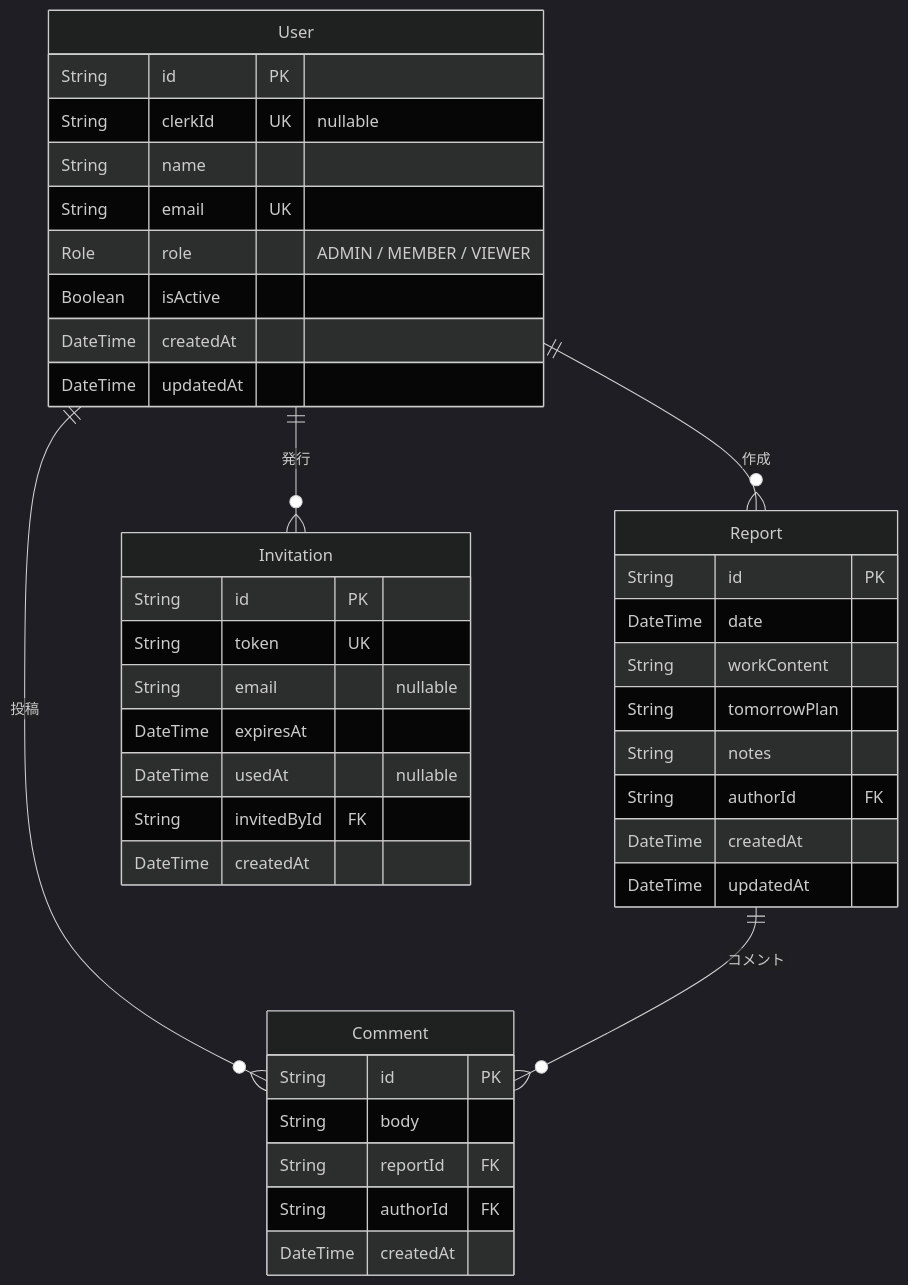
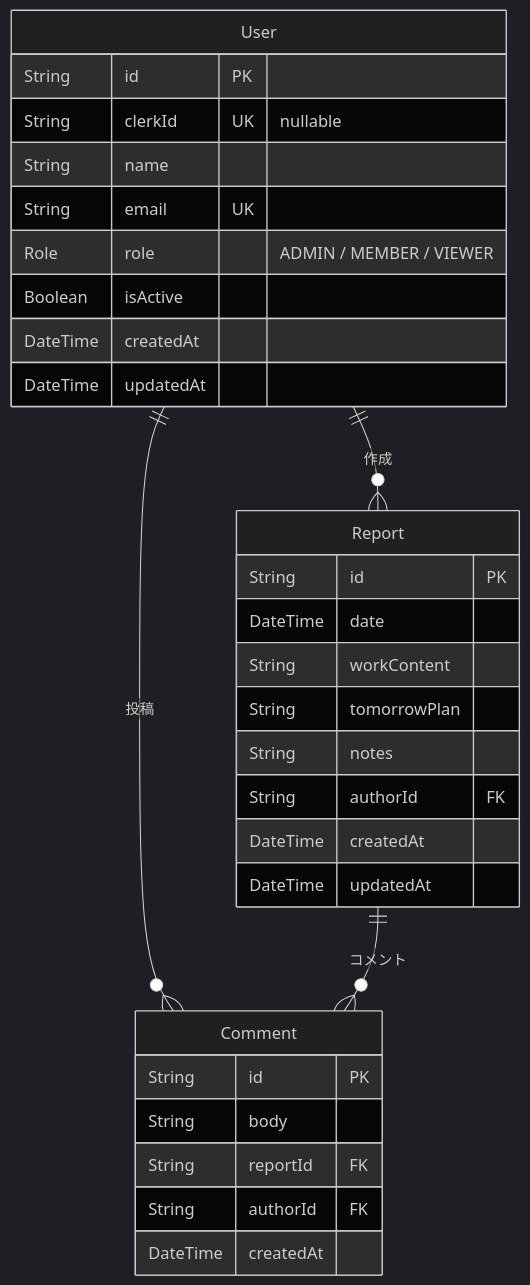
Before and after one commit to ot-nemoto/daily-hub: the diagram in docs/schema.md, drawn with Mermaid (dark theme). The commit also changed other lines of this file and 15 other files, not shown here.

````diff
--- a/docs/schema.md
+++ b/docs/schema.md
@@ -85,44 +72,33 @@
 ```mermaid
 erDiagram
     User {
         String id PK
         String clerkId UK "nullable"
         String name
         String email UK
         Role role "ADMIN / MEMBER / VIEWER"
         Boolean isActive
         DateTime createdAt
         DateTime updatedAt
     }
     Report {
         String id PK
         DateTime date
         String workContent
         String tomorrowPlan
         String notes
         String authorId FK
         DateTime createdAt
         DateTime updatedAt
     }
     Comment {
         String id PK
         String body
         String reportId FK
         String authorId FK
         DateTime createdAt
     }
-    Invitation {
-        String id PK
-        String token UK
-        String email "nullable"
-        DateTime expiresAt
-        DateTime usedAt "nullable"
-        String invitedById FK
-        DateTime createdAt
-    }
-
     User ||--o{ Report : "作成"
     User ||--o{ Comment : "投稿"
-    User ||--o{ Invitation : "発行"
     Report ||--o{ Comment : "コメント"
 ```
````
